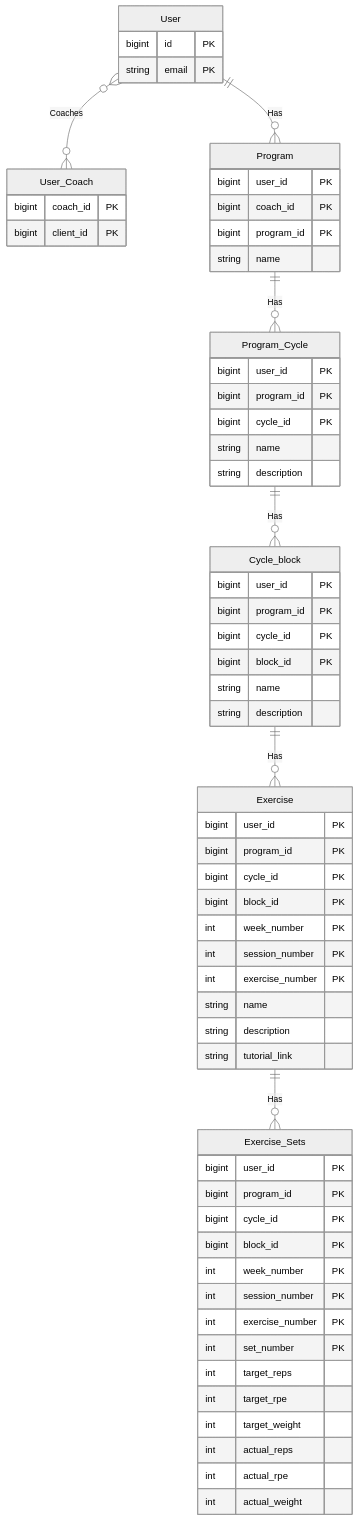
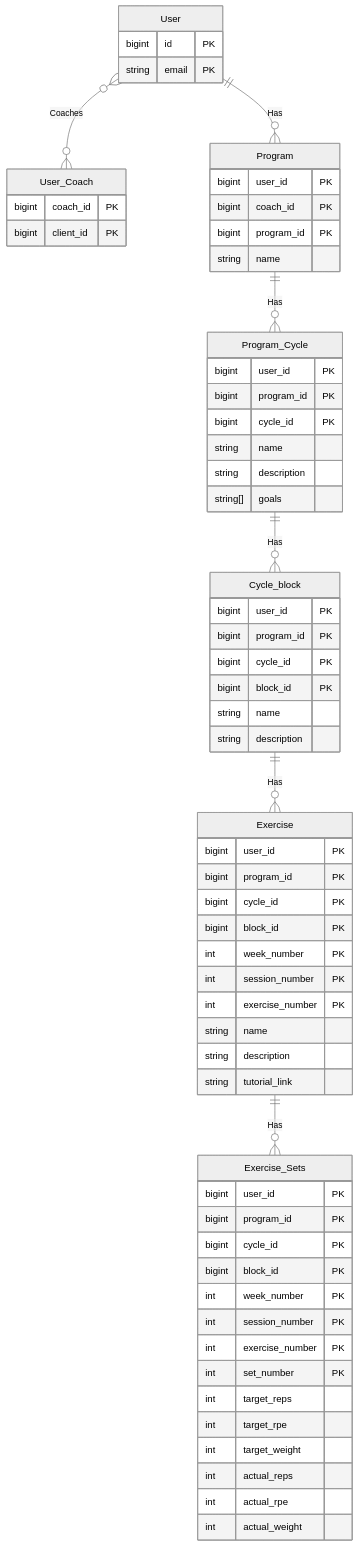
The diagram in dbSchema.mermaid (ConnorHall938/PwrProgram), drawn with Mermaid (neutral theme) before and after one commit. The commit also changed 9 other files, not shown here.

````diff
--- a/dbSchema.mermaid
+++ b/dbSchema.mermaid
@@ -1,75 +1,76 @@
 ```mermaid
 erDiagram
     User{
         bigint id PK
         string email PK
     }
 
     User_Coach{
         bigint coach_id PK
         bigint client_id PK
     }
 
     Program{
         bigint user_id PK
         bigint coach_id PK
         bigint program_id PK
         string name
     }
 
     Program_Cycle{
         bigint user_id PK
         bigint program_id PK
         bigint cycle_id PK
         string name
         string description
+        string[] goals
     }
 
     Cycle_block{
         bigint user_id PK
         bigint program_id PK
         bigint cycle_id PK
         bigint block_id PK
         string name
         string description
     }
 
     Exercise{
         bigint user_id PK
         bigint program_id PK
         bigint cycle_id PK
         bigint block_id PK
         int week_number PK
         int session_number PK
         int exercise_number PK
         string name
         string description
         string tutorial_link
     }
 
     Exercise_Sets{
         bigint user_id PK
         bigint program_id PK
         bigint cycle_id PK
         bigint block_id PK
         int week_number PK
         int session_number PK
         int exercise_number PK
         int set_number PK
 
         int target_reps
         int target_rpe
         int target_weight
         int actual_reps
         int actual_rpe
         int actual_weight
     }
 
     User }o--o{ User_Coach: "Coaches"
     User ||--o{ Program : "Has"
 
     Program ||--o{ Program_Cycle : "Has"
     Program_Cycle ||--o{ Cycle_block : "Has"
     Cycle_block ||--o{ Exercise : "Has"
     Exercise ||--o{ Exercise_Sets : "Has"
 ```
````
